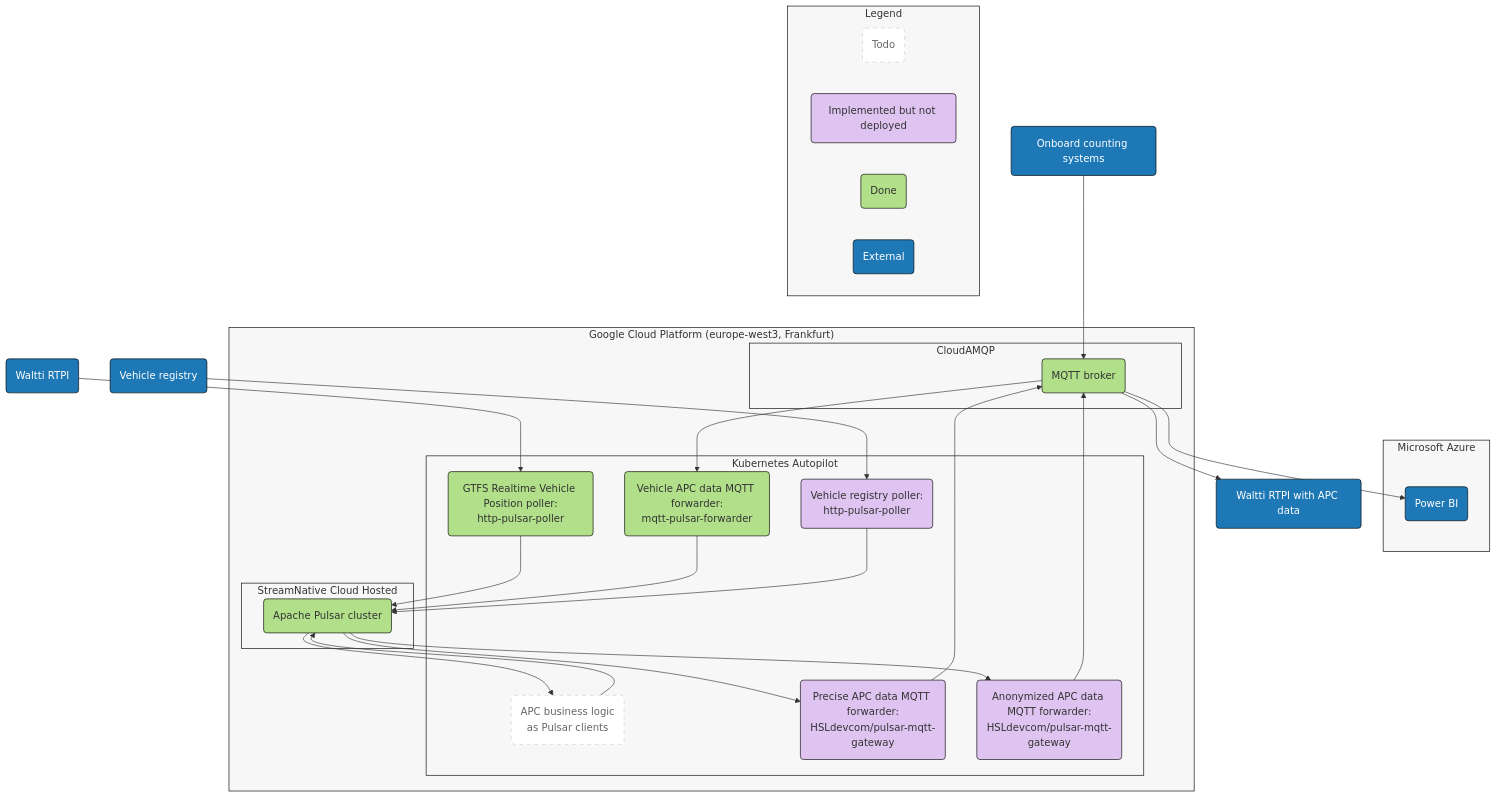
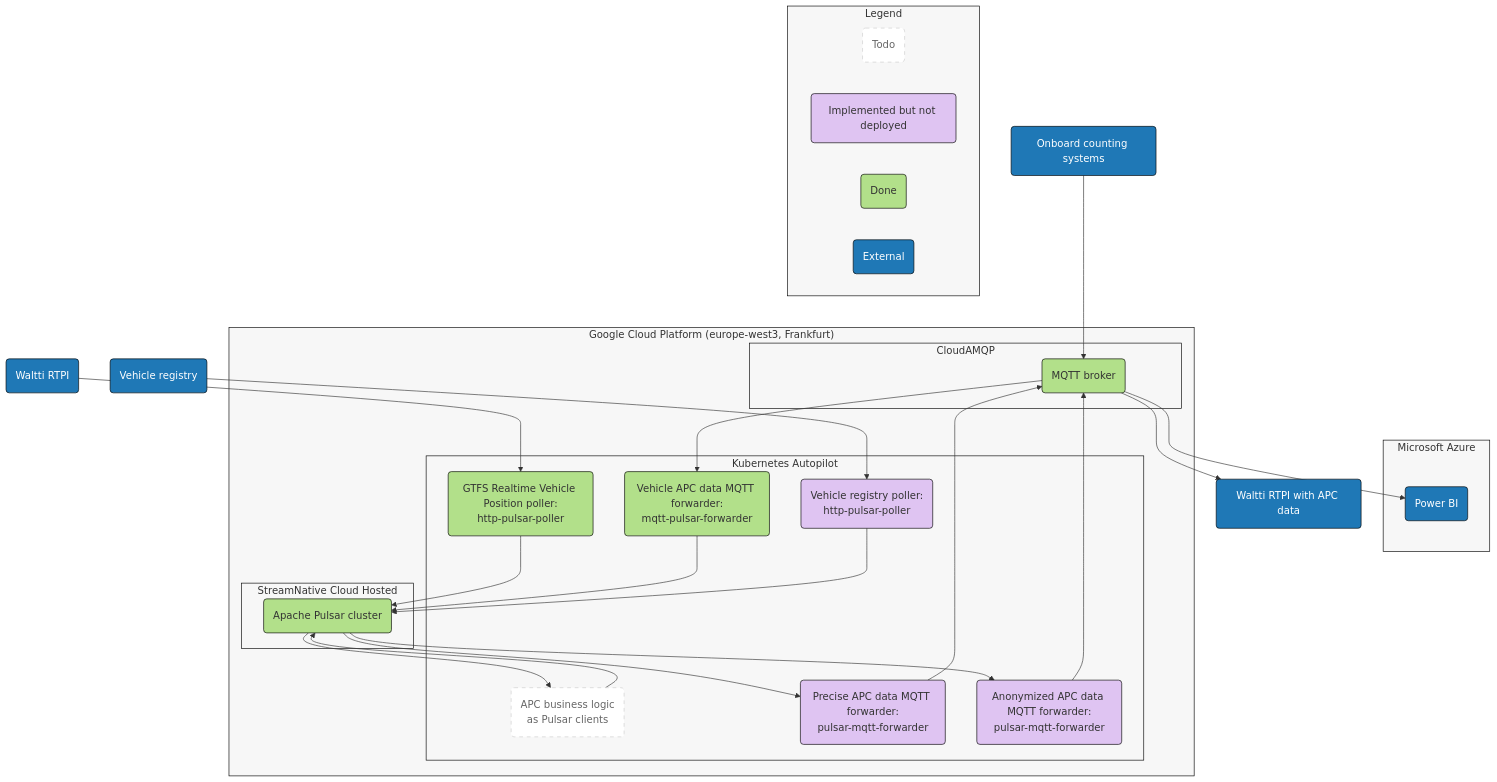
One commit to tvv-lippu-ja-maksujarjestelma-oy/waltti-apc changed the first of 2 diagrams in README.md. Above: the diagram before and after it, drawn with Mermaid. The commit also changed other lines of this file, not shown here.

Commit message:
Fix diagrams to use pulsar-mqtt-forwarder

```diff
--- a/README.md
+++ b/README.md
@@ -28,8 +28,8 @@
       httppulsarpoller("GTFS Realtime Vehicle Position poller:<br/>http-pulsar-poller")
       mqttpulsarforwarder("Vehicle APC data MQTT forwarder:<br/>mqtt-pulsar-forwarder")
       pulsarclients("APC business logic<br/>as Pulsar clients")
-      pulsarmqttforwardertopowerbi("Precise APC data MQTT forwarder:<br/>HSLdevcom/pulsar-mqtt-gateway")
-      pulsarmqttforwardertortpioutput("Anonymized APC data MQTT forwarder:<br/>HSLdevcom/pulsar-mqtt-gateway")
+      pulsarmqttforwardertopowerbi("Precise APC data MQTT forwarder:<br/>pulsar-mqtt-forwarder")
+      pulsarmqttforwardertortpioutput("Anonymized APC data MQTT forwarder:<br/>pulsar-mqtt-forwarder")
       vehicleregistryapiuser("Vehicle registry poller:<br/>http-pulsar-poller")
     end
     subgraph streamnative["StreamNative Cloud Hosted"]
```
